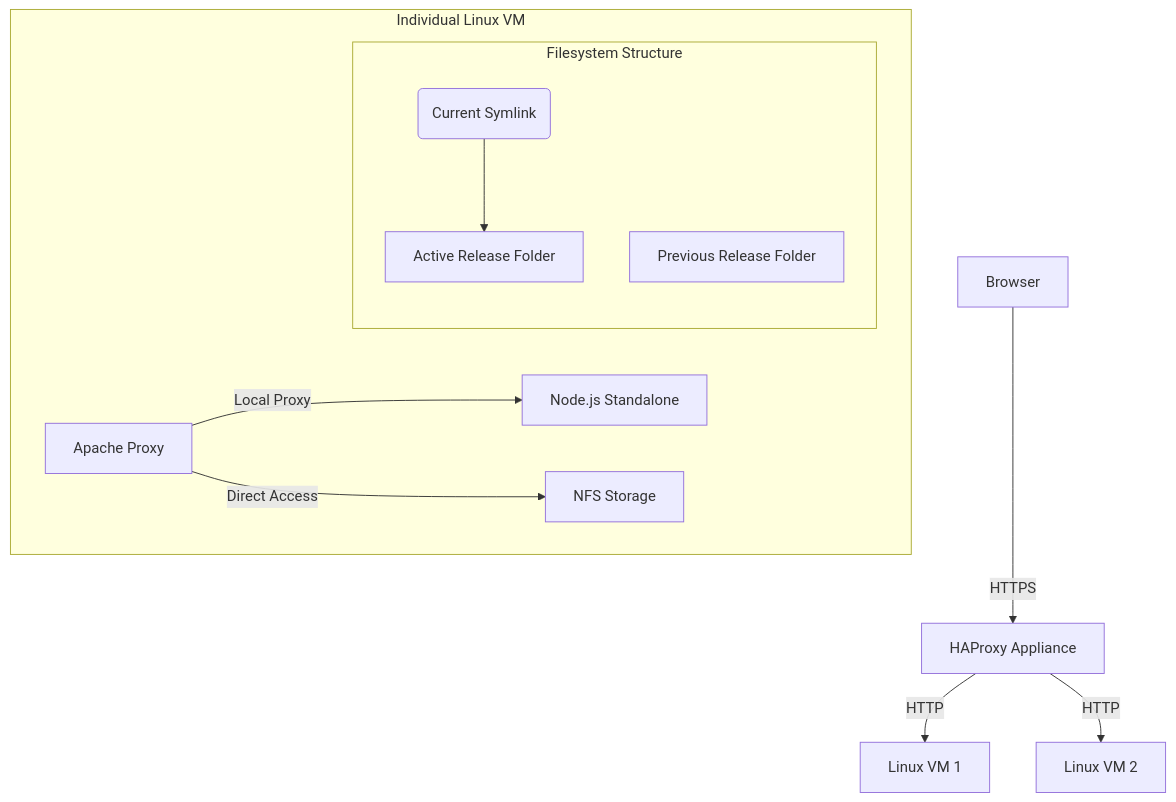
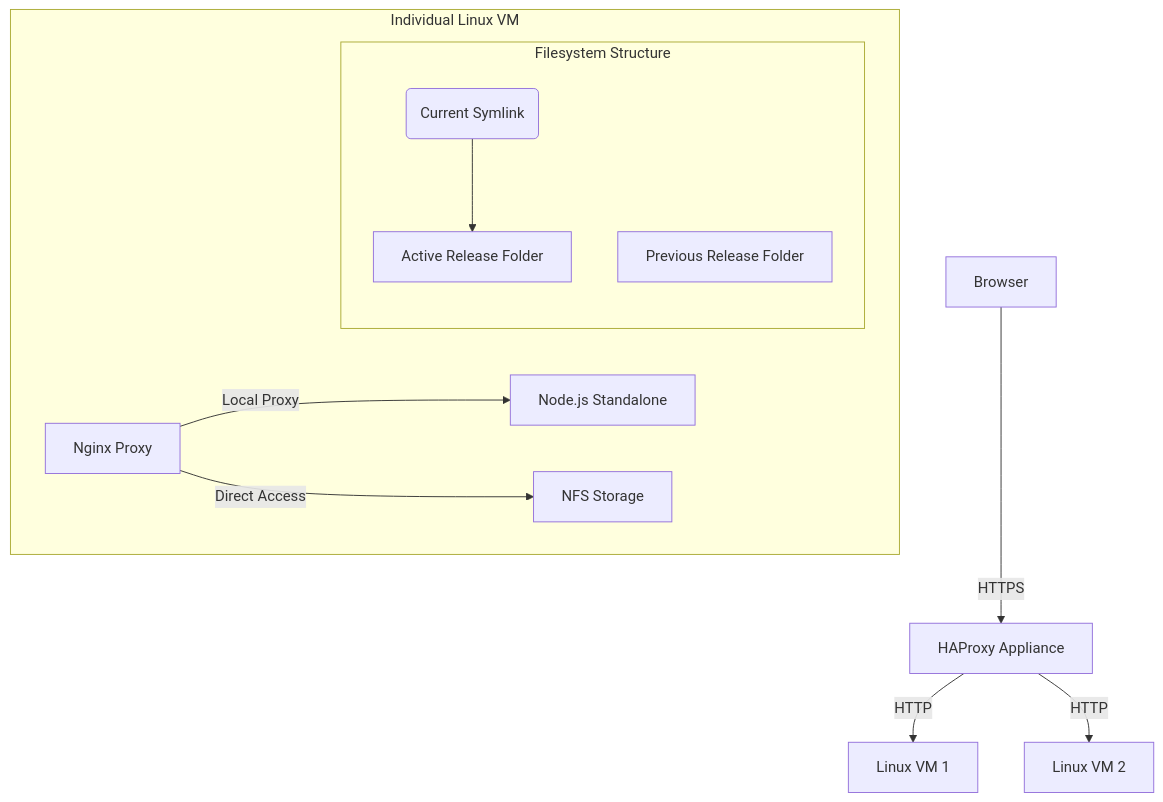
Before and after one commit to CCSDForge/episciences-front-next: the diagram in docs/PRODUCTION_DEPLOYMENT.md, drawn with Mermaid. The commit also changed other lines of this file and 128 other files, not shown here.

````diff
--- a/docs/PRODUCTION_DEPLOYMENT.md
+++ b/docs/PRODUCTION_DEPLOYMENT.md
@@ -7,16 +7,16 @@
 ```mermaid
 graph TD
     Client[Browser] -->|HTTPS| HAProxy[HAProxy Appliance]
     HAProxy -->|HTTP| VM1[Linux VM 1]
     HAProxy -->|HTTP| VM2[Linux VM 2]
-    
+
     subgraph "Individual Linux VM"
-        Apache[Apache Proxy] -->|Local Proxy| Node[Node.js Standalone]
-        Apache -->|Direct Access| NFS[NFS Storage]
-        
+        Nginx[Nginx Proxy] -->|Local Proxy| Node[Node.js Standalone]
+        Nginx -->|Direct Access| NFS[NFS Storage]
+
         subgraph "Filesystem Structure"
             CurrentLink(Current Symlink) --> ActiveRelease[Active Release Folder]
             OldRelease[Previous Release Folder]
         end
     end
 ```
````
